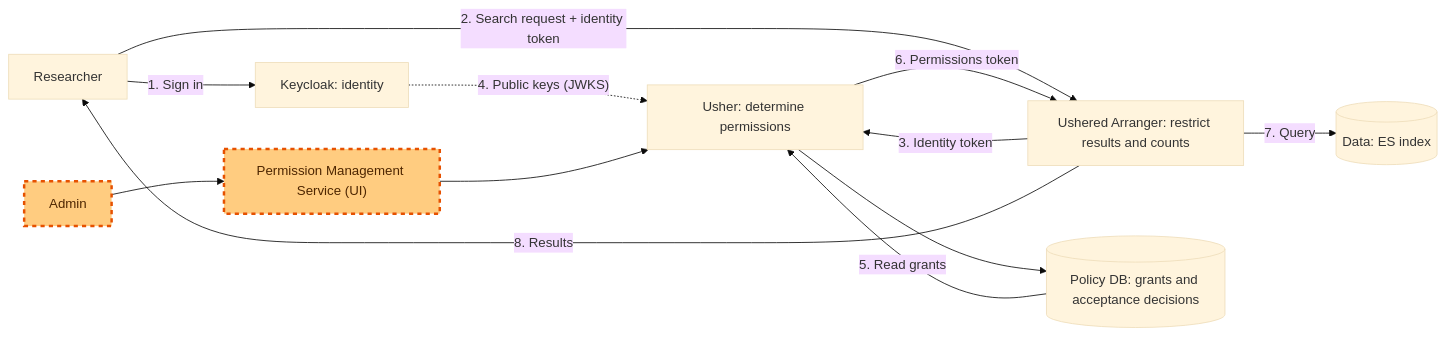
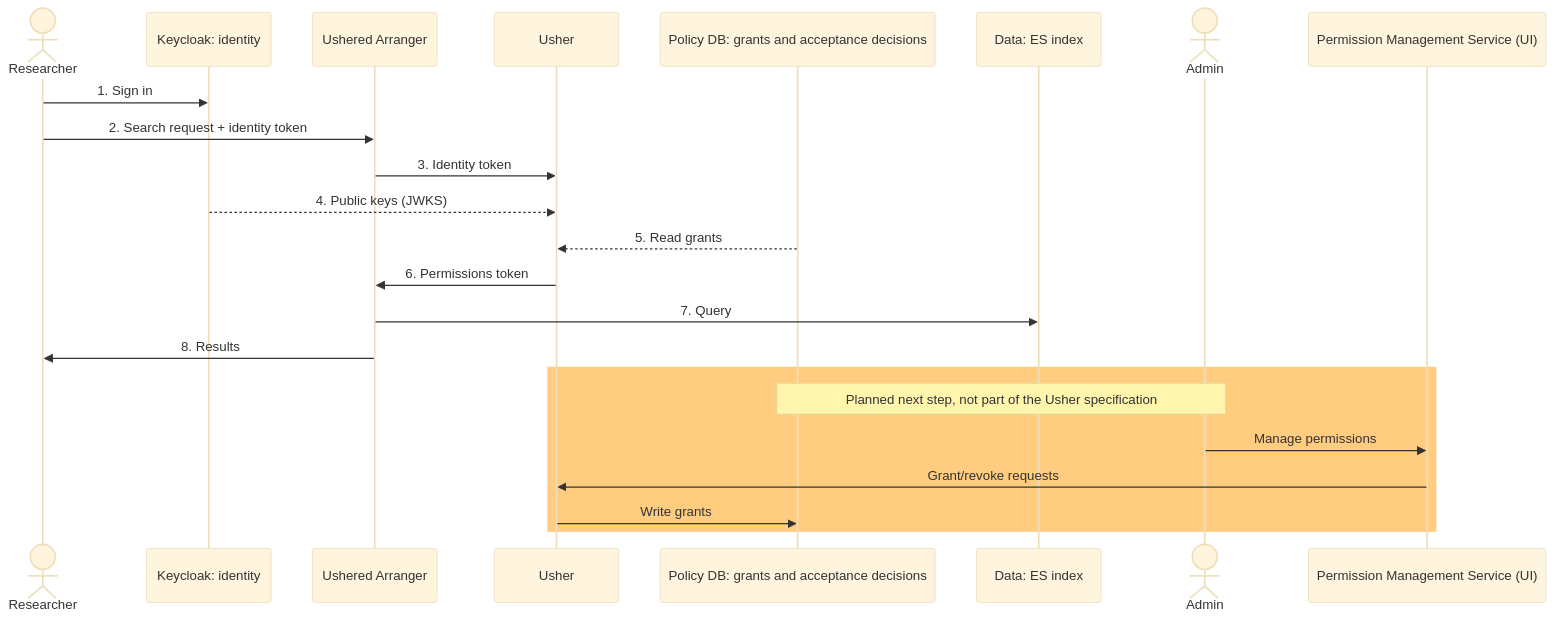
Before and after one commit to overture-stack/docs: the diagram in website/docs/develop-docs/Usher/01-overview.md, drawn with Mermaid (base theme). The commit also changed 1 other file, not shown here.

````diff
--- a/website/docs/develop-docs/Usher/01-overview.md
+++ b/website/docs/develop-docs/Usher/01-overview.md
@@ -23,18 +23,27 @@
 ```mermaid
-flowchart LR
-    Researcher["Researcher"] -->|"1. Sign in"| Keycloak["Keycloak: identity"]
-    Researcher -->|"2. Search request + identity token"| Arranger["Ushered Arranger: restrict results and counts"]
-    Arranger -->|"3. Identity token"| Usher["Usher: determine permissions"]
-    Keycloak -.->|"4. Public keys (JWKS)"| Usher
-    PolicyDB[("Policy DB: grants and acceptance decisions")] -->|"5. Read grants"| Usher
-    Usher -->|"6. Permissions token"| Arranger
-    Arranger -->|"7. Query"| ES[("Data: ES index")]
-    Arranger -->|"8. Results"| Researcher
+sequenceDiagram
+    actor Researcher
+    participant Keycloak as Keycloak: identity
+    participant Arranger as Ushered Arranger
+    participant Usher as Usher
+    participant PolicyDB as Policy DB: grants and acceptance decisions
+    participant ES as Data: ES index
+    actor Admin
+    participant PermissionUI as Permission Management Service (UI)
 
-    Admin["Admin"] --> PermissionUI["Permission Management Service (UI)"]
-    PermissionUI --> Usher
-    Usher --> PolicyDB
+    Researcher->>Keycloak: 1. Sign in
+    Researcher->>Arranger: 2. Search request + identity token
+    Arranger->>Usher: 3. Identity token
+    Keycloak-->>Usher: 4. Public keys (JWKS)
+    PolicyDB-->>Usher: 5. Read grants
+    Usher->>Arranger: 6. Permissions token
+    Arranger->>ES: 7. Query
+    Arranger->>Researcher: 8. Results
 
-    classDef future fill:#ffcc80,stroke:#e65100,color:#4e2600,stroke-width:3px,stroke-dasharray: 5 5;
-    class Admin,PermissionUI future
+    rect rgb(255, 204, 128)
+    Note over Admin,PolicyDB: Planned next step, not part of the Usher specification
+    Admin->>PermissionUI: Manage permissions
+    PermissionUI->>Usher: Grant/revoke requests
+    Usher->>PolicyDB: Write grants
+    end
 ```
````
